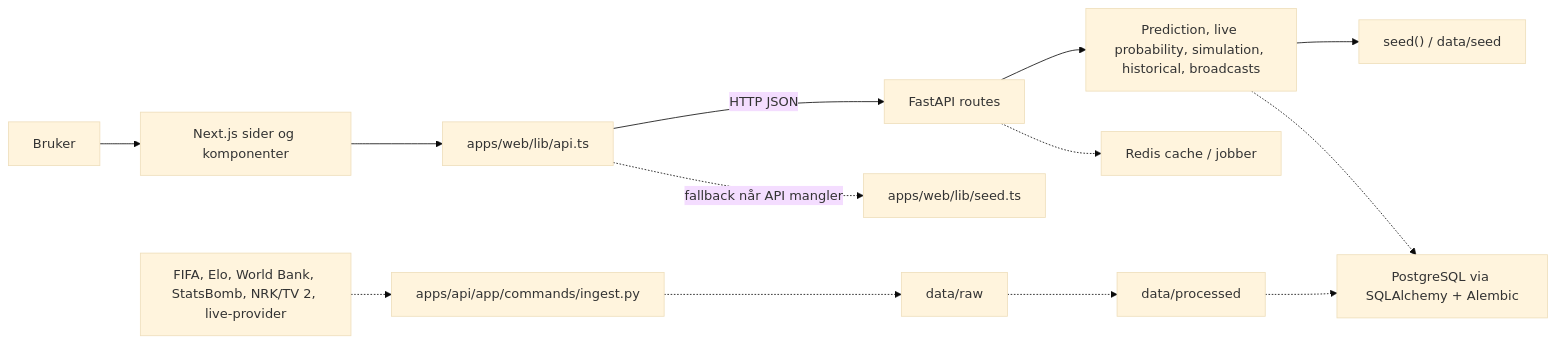
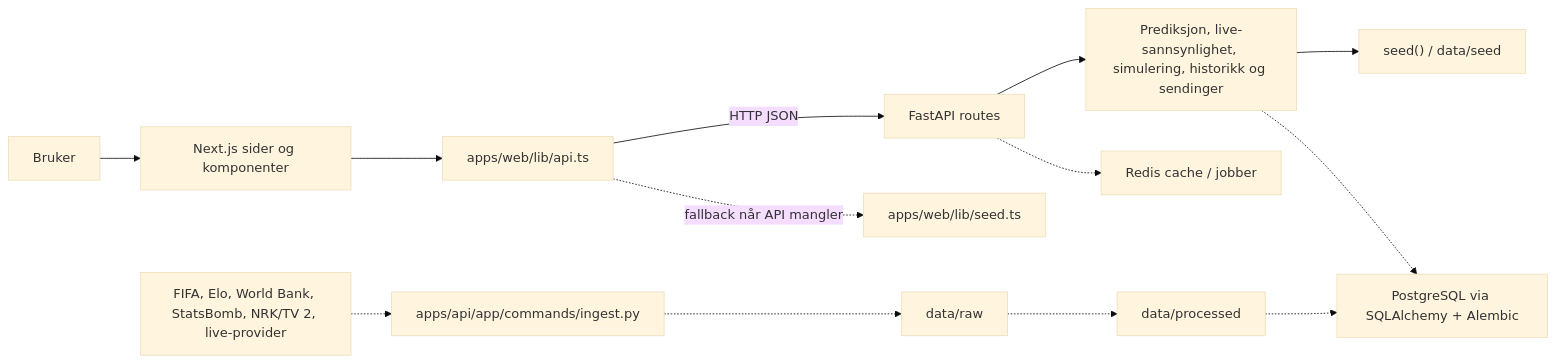
One commit to ViktorKnu/VM-Dashboard-og-Predikering changed the diagram in docs/system-overview.md. Above: the diagram before and after it, drawn with Mermaid (base theme). The commit also changed 8 other files, not shown here.

Commit message:
rydd opp i dokumentasjon og diagram

````diff
--- a/docs/system-overview.md
+++ b/docs/system-overview.md
@@ -18,15 +18,15 @@
 ```mermaid
 flowchart LR
   User["Bruker"] --> Web["Next.js sider og komponenter"]
   Web --> Client["apps/web/lib/api.ts"]
   Client -->|HTTP JSON| API["FastAPI routes"]
   Client -.->|fallback når API mangler| WebSeed["apps/web/lib/seed.ts"]
-  API --> Services["Prediction, live probability, simulation, historical, broadcasts"]
+  API --> Services["Prediksjon, live-sannsynlighet, simulering, historikk og sendinger"]
   Services --> Seed["seed() / data/seed"]
   Services -.-> DB["PostgreSQL via SQLAlchemy + Alembic"]
   API -.-> Redis["Redis cache / jobber"]
   Providers["FIFA, Elo, World Bank, StatsBomb, NRK/TV 2, live-provider"] -.-> Ingest["apps/api/app/commands/ingest.py"]
   Ingest -.-> Raw["data/raw"]
   Raw -.-> Processed["data/processed"]
   Processed -.-> DB
 ```
````
